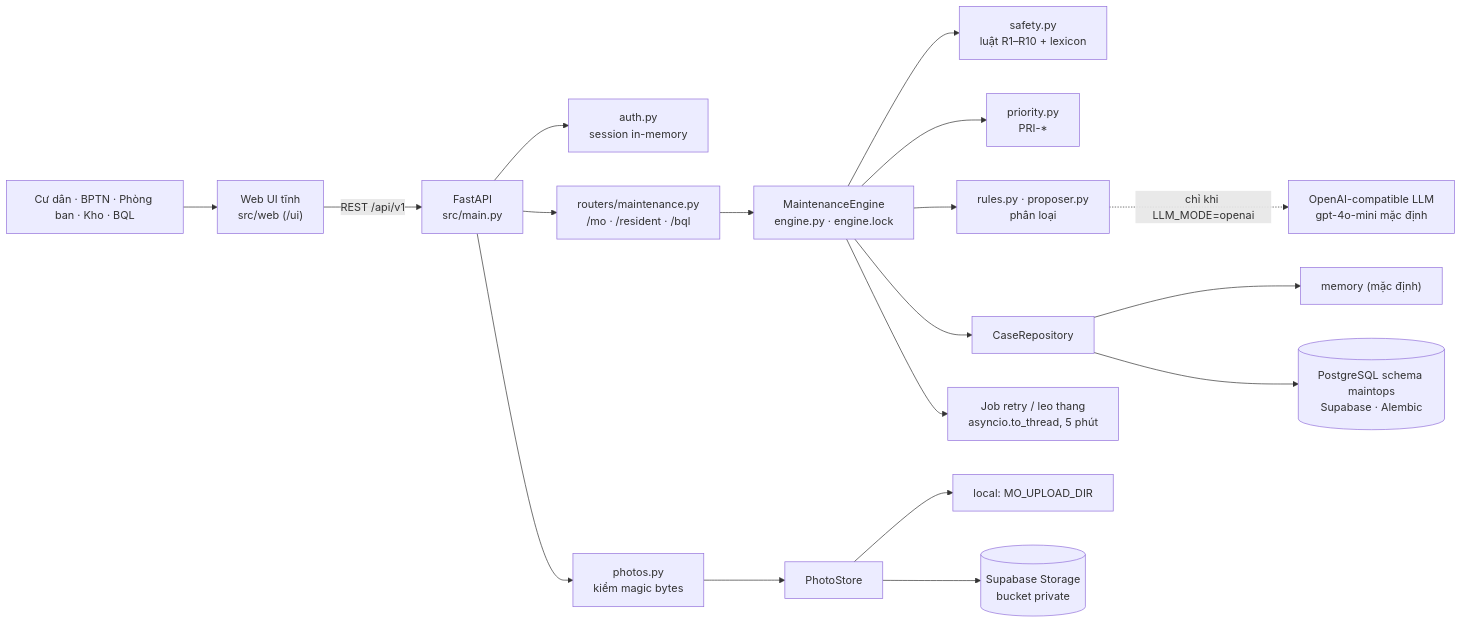
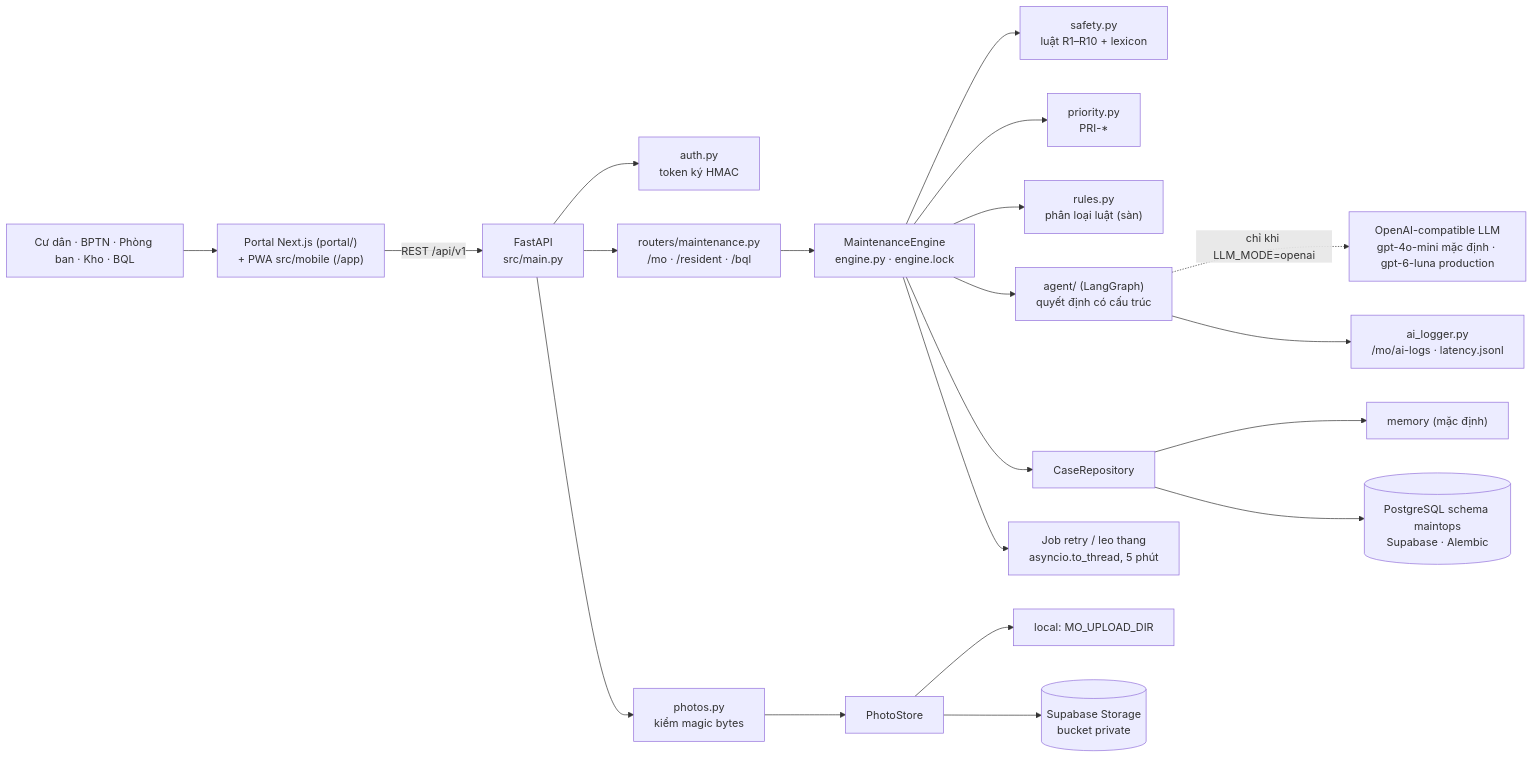
The first of 3 diagrams in ARCHITECTURE.md (tuanank2112-crypto/P-151), drawn with Mermaid before and after one commit. The commit also changed other lines of this file and 28 other files, not shown here.

First line of the commit message:
docs: align README, architecture and specs with v1.17.11, pin requirements

````diff
--- a/ARCHITECTURE.md
+++ b/ARCHITECTURE.md
@@ -15,20 +15,22 @@
 ```mermaid
 flowchart LR
-    U["Cư dân · BPTN · Phòng ban · Kho · BQL"] --> W["Web UI tĩnh<br/>src/web (/ui)"]
+    U["Cư dân · BPTN · Phòng ban · Kho · BQL"] --> W["Portal Next.js (portal/)<br/>+ PWA src/mobile (/app)"]
     W -->|"REST /api/v1"| A["FastAPI<br/>src/main.py"]
-    A --> AU["auth.py<br/>session in-memory"]
+    A --> AU["auth.py<br/>token ký HMAC"]
     A --> R["routers/maintenance.py<br/>/mo · /resident · /bql"]
     A --> PH["photos.py<br/>kiểm magic bytes"]
     R --> E["MaintenanceEngine<br/>engine.py · engine.lock"]
     E --> S["safety.py<br/>luật R1–R10 + lexicon"]
     E --> PR["priority.py<br/>PRI-*"]
-    E --> RU["rules.py · proposer.py<br/>phân loại"]
-    RU -.->|"chỉ khi LLM_MODE=openai"| L["OpenAI-compatible LLM<br/>gpt-4o-mini mặc định"]
+    E --> RU["rules.py<br/>phân loại luật (sàn)"]
+    E --> AG["agent/ (LangGraph)<br/>quyết định có cấu trúc"]
+    AG -.->|"chỉ khi LLM_MODE=openai"| L["OpenAI-compatible LLM<br/>gpt-4o-mini mặc định · gpt-6-luna production"]
+    AG --> LOG["ai_logger.py<br/>/mo/ai-logs · latency.jsonl"]
     E --> CR["CaseRepository"]
     CR --> M["memory (mặc định)"]
     CR --> PG[("PostgreSQL schema maintops<br/>Supabase · Alembic")]
     PH --> PS["PhotoStore"]
     PS --> LF["local: MO_UPLOAD_DIR"]
     PS --> SB[("Supabase Storage<br/>bucket private")]
     E --> J["Job retry / leo thang<br/>asyncio.to_thread, 5 phút"]
 ```
````
